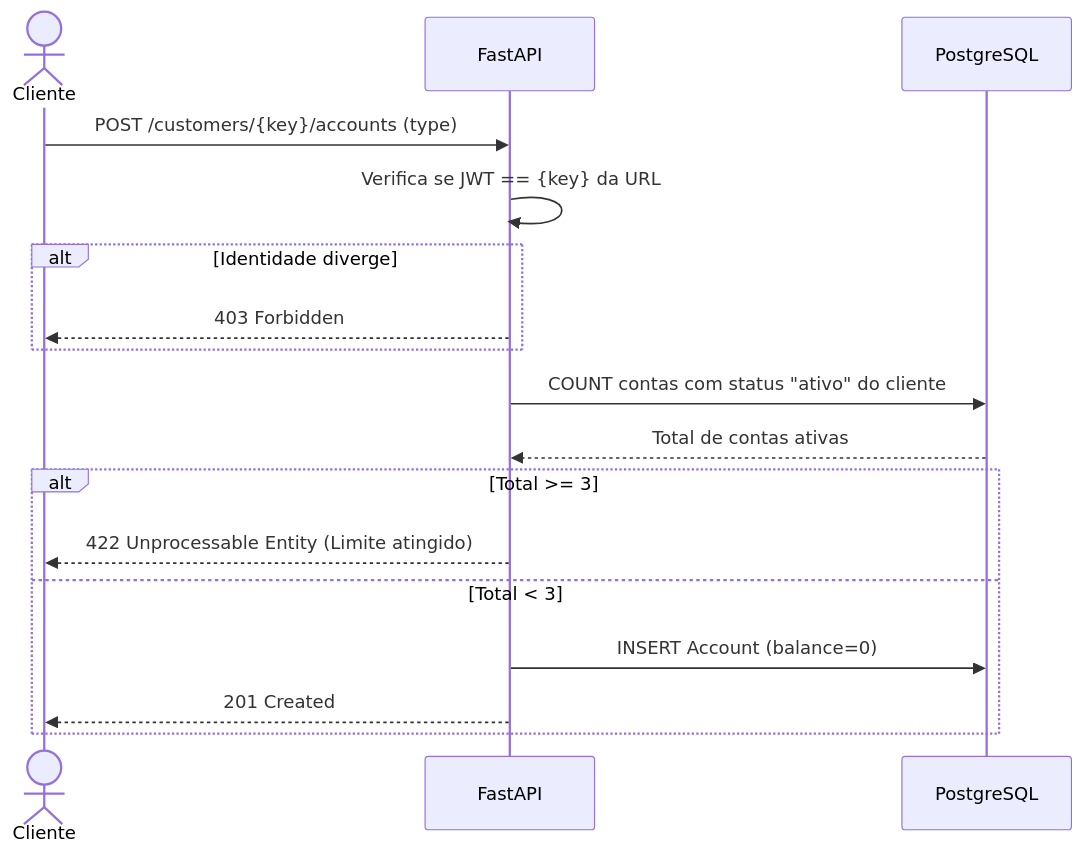
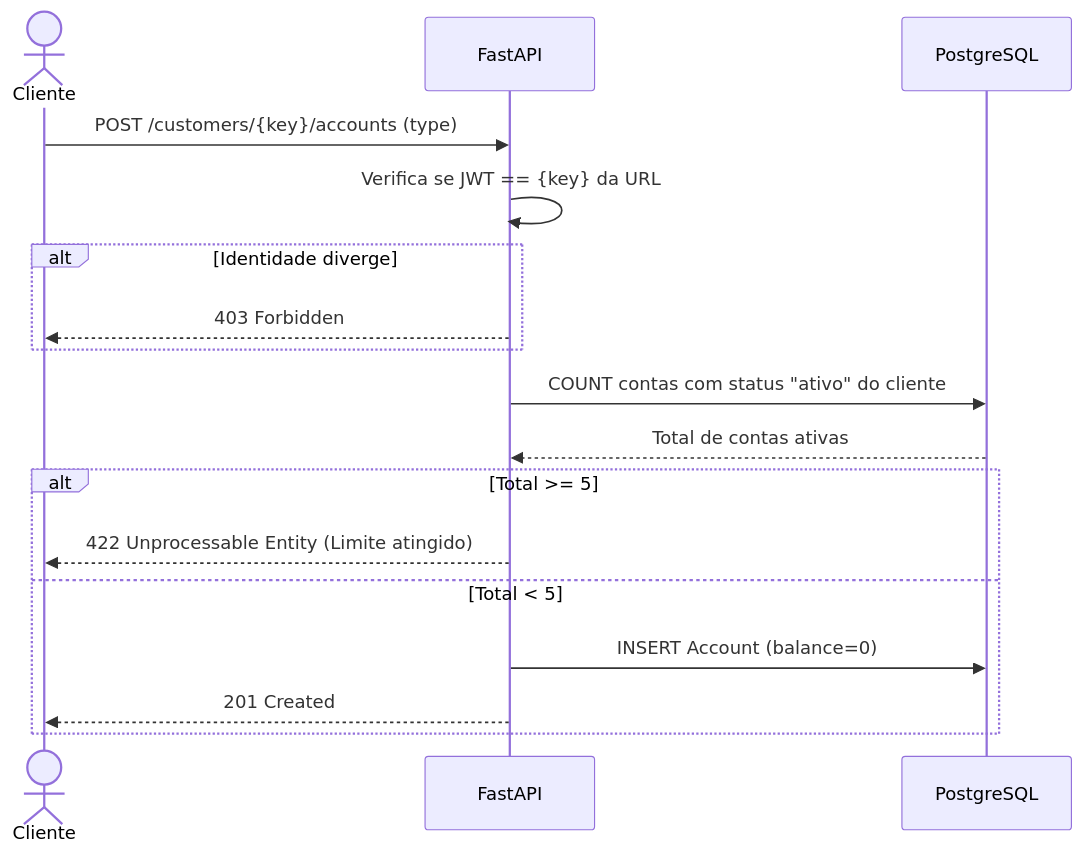
One commit to gfdmarco/BootcampQITechG33 changed the seventh of 7 diagrams in docs/rfc_prototipo_bancario.md. Above: the diagram before and after it, drawn with Mermaid. The commit also changed other lines of this file and 2 other files, not shown here.

Commit message:
fix: details and docs: add decoupled satellite modules (notifications and anti-fraud) to expansion RFC

````diff
--- a/docs/rfc_prototipo_bancario.md
+++ b/docs/rfc_prototipo_bancario.md
@@ -252,20 +252,20 @@
 ```mermaid
 sequenceDiagram
     actor Cliente
     participant API as FastAPI
     participant DB as PostgreSQL
     
     Cliente->>API: POST /customers/{key}/accounts (type)
     API->>API: Verifica se JWT == {key} da URL
     alt Identidade diverge
         API-->>Cliente: 403 Forbidden
     end
     API->>DB: COUNT contas com status "ativo" do cliente
     DB-->>API: Total de contas ativas
-    alt Total >= 3
+    alt Total >= 5
         API-->>Cliente: 422 Unprocessable Entity (Limite atingido)
-    else Total < 3
+    else Total < 5
         API->>DB: INSERT Account (balance=0)
         API-->>Cliente: 201 Created
     end
 ```
````
